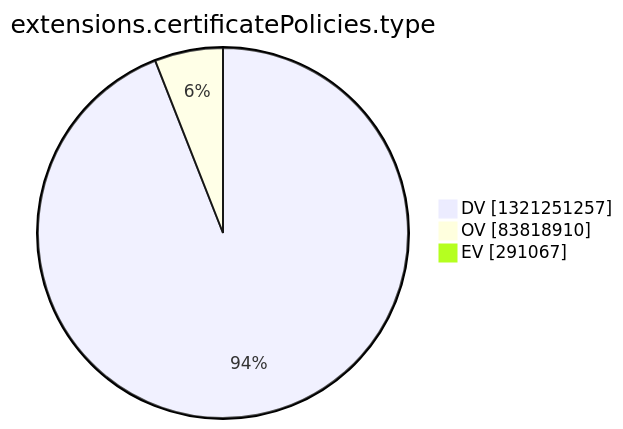
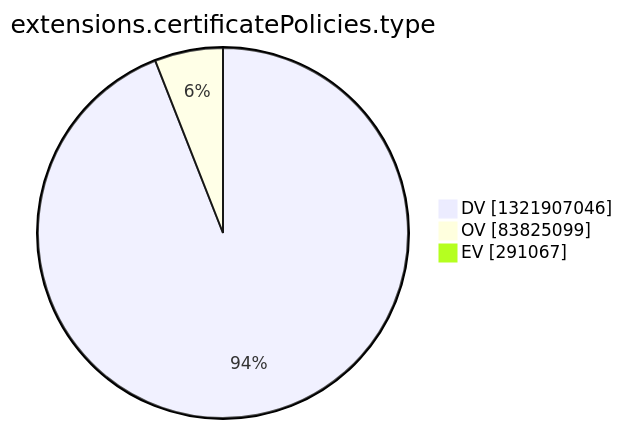
The tenth of 15 diagrams in argon2022/README.md (christiankrug/ctmonitor_visualization), drawn with Mermaid before and after one commit. The commit also changed other lines of this file, not shown here.

````diff
--- a/argon2022/README.md
+++ b/argon2022/README.md
@@ -2772,7 +2772,7 @@
 ```mermaid
 pie showData
 title extensions.certificatePolicies.type
-"DV" :1321251257
-"OV" :83818910
+"DV" :1321907046
+"OV" :83825099
 "EV" :291067
 ```
````
